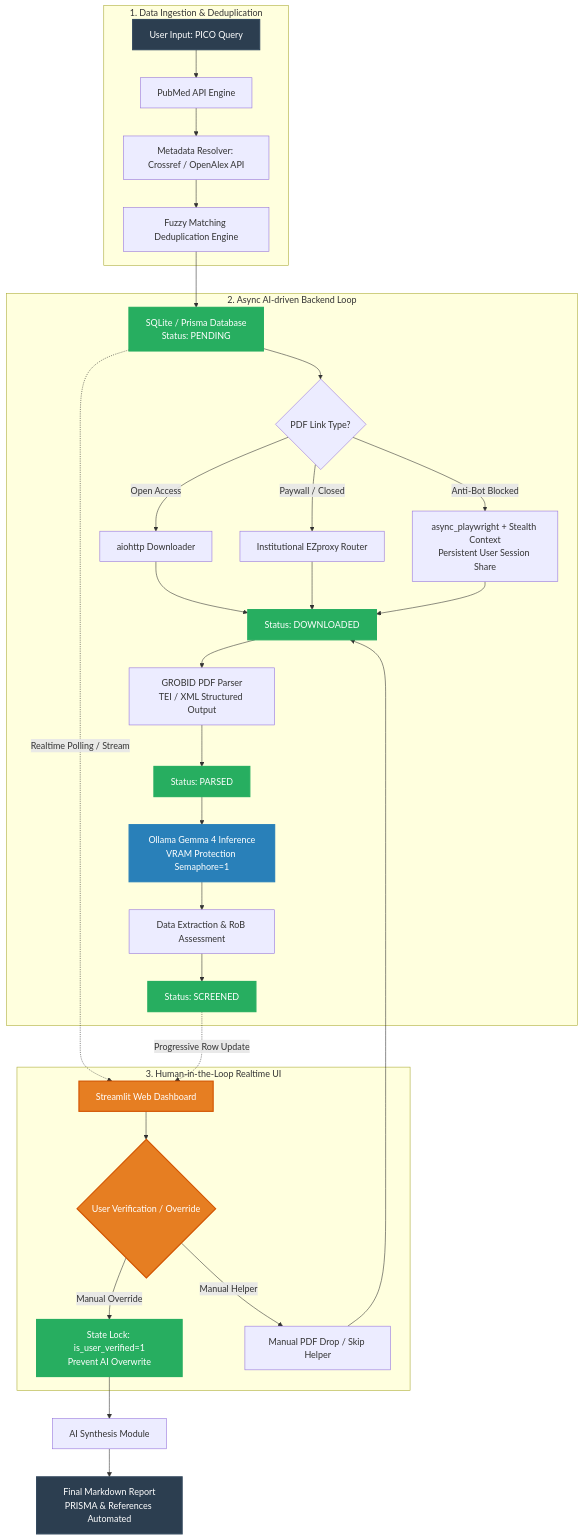
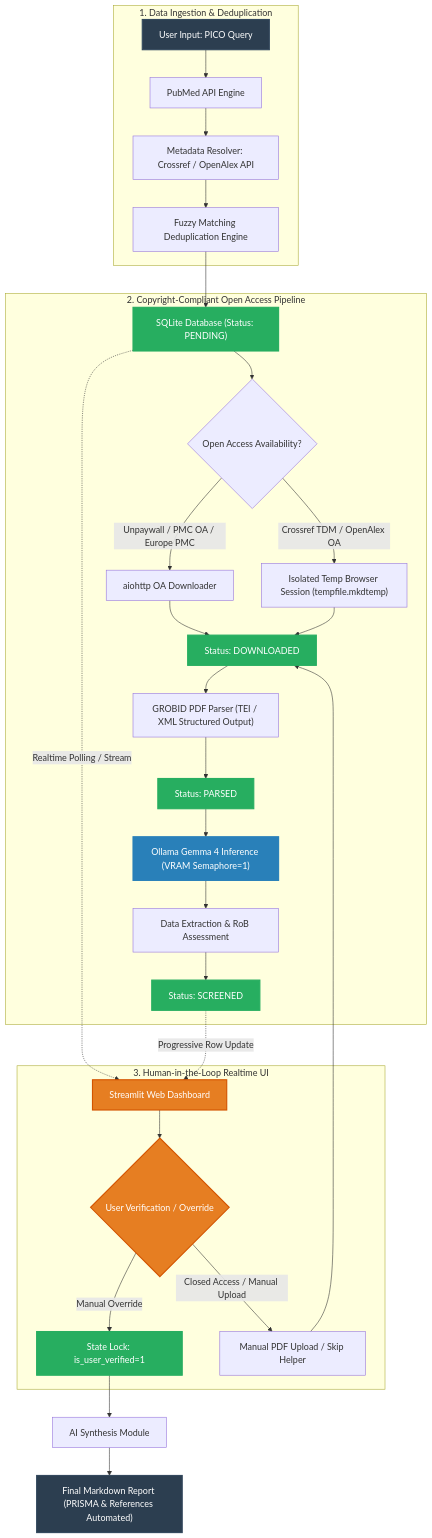
The diagram in README.md (HyunchanAn/Dental_006), drawn with Mermaid before and after one commit. The commit also changed other lines of this file and 29 other files, not shown here.

Commit message:
fix(ingest,license): enforce copyright-compliant OA ingestion and replace publisher PDFs with DOI links (#51, #52)

````diff
--- a/README.md
+++ b/README.md
@@ -9,48 +9,41 @@
 ```mermaid
 graph TD
-    %% 스타일 정의
     classDef user fill:#2c3e50,stroke:#34495e,stroke-width:2px,color:#fff;
     classDef async fill:#2980b9,stroke:#2980b9,stroke-width:2px,color:#fff;
     classDef db fill:#27ae60,stroke:#27ae60,stroke-width:2px,color:#fff;
     classDef hitl fill:#e67e22,stroke:#d35400,stroke-width:2px,color:#fff;
 
-    %% 1. Ingestion Layer
     subgraph Ingestion_Layer [1. Data Ingestion & Deduplication]
-        A[User Input: PICO Query]:::user --> B[PubMed API Engine]
-        B --> C[Metadata Resolver: Crossref / OpenAlex API]
-        C --> D[Fuzzy Matching Deduplication Engine]
+        A["User Input: PICO Query"]:::user --> B["PubMed API Engine"]
+        B --> C["Metadata Resolver: Crossref / OpenAlex API"]
+        C --> D["Fuzzy Matching Deduplication Engine"]
     end
 
-    %% 2. DB Layer (State Machine Core)
-    D --> E[SQLite / Prisma Database<br>Status: PENDING]:::db
+    D --> E["SQLite Database (Status: PENDING)"]:::db
 
-    %% 3. Async Pipeline Backend
-    subgraph Async_Pipeline [2. Async AI-driven Backend Loop]
-        E --> F{PDF Link Type?}
-        
-        F -- Open Access --> G[aiohttp Downloader]
-        F -- Paywall / Closed --> H[Institutional EZproxy Router]
-        F -- Anti-Bot Blocked --> I[async_playwright + Stealth Context<br>Persistent User Session Share]
-        
-        G & H & I --> J[Status: DOWNLOADED]:::db
-        J --> K[GROBID PDF Parser<br>TEI / XML Structured Output]
-        K --> L[Status: PARSED]:::db
-        
-        L --> M[Ollama Gemma 4 Inference<br>VRAM Protection Semaphore=1]:::async
-        M --> N[Data Extraction & RoB Assessment]
-        N --> O[Status: SCREENED]:::db
+    subgraph Async_Pipeline [2. Copyright-Compliant Open Access Pipeline]
+        E --> F{"Open Access Availability?"}
+
+        F -- "Unpaywall / PMC OA / Europe PMC" --> G["aiohttp OA Downloader"]
+        F -- "Crossref TDM / OpenAlex OA" --> H["Isolated Temp Browser Session (tempfile.mkdtemp)"]
+
+        G & H --> J["Status: DOWNLOADED"]:::db
+        J --> K["GROBID PDF Parser (TEI / XML Structured Output)"]
+        K --> L["Status: PARSED"]:::db
+
+        L --> M["Ollama Gemma 4 Inference (VRAM Semaphore=1)"]:::async
+        M --> N["Data Extraction & RoB Assessment"]
+        N --> O["Status: SCREENED"]:::db
     end
 
-    %% 4. UI & HiTL Layer
     subgraph UI_HiTL_Layer [3. Human-in-the-Loop Realtime UI]
-        E -. Realtime Polling / Stream .-> P[Streamlit Web Dashboard]:::hitl
-        O -. Progressive Row Update .-> P
-        P --> Q{User Verification / Override}:::hitl
-        Q -- Manual Override --> R[State Lock: is_user_verified=1<br>Prevent AI Overwrite]:::db
-        Q -- Manual Helper --> S[Manual PDF Drop / Skip Helper] --> J
+        E -. "Realtime Polling / Stream" .-> P["Streamlit Web Dashboard"]:::hitl
+        O -. "Progressive Row Update" .-> P
+        P --> Q{"User Verification / Override"}:::hitl
+        Q -- "Manual Override" --> R["State Lock: is_user_verified=1"]:::db
+        Q -- "Closed Access / Manual Upload" --> S["Manual PDF Upload / Skip Helper"] --> J
     end
 
-    %% 5. Output
-    R --> T[AI Synthesis Module]
-    T --> U[Final Markdown Report<br>PRISMA & References Automated]:::user
+    R --> T["AI Synthesis Module"]
+    T --> U["Final Markdown Report (PRISMA & References Automated)"]:::user
 ```
````
